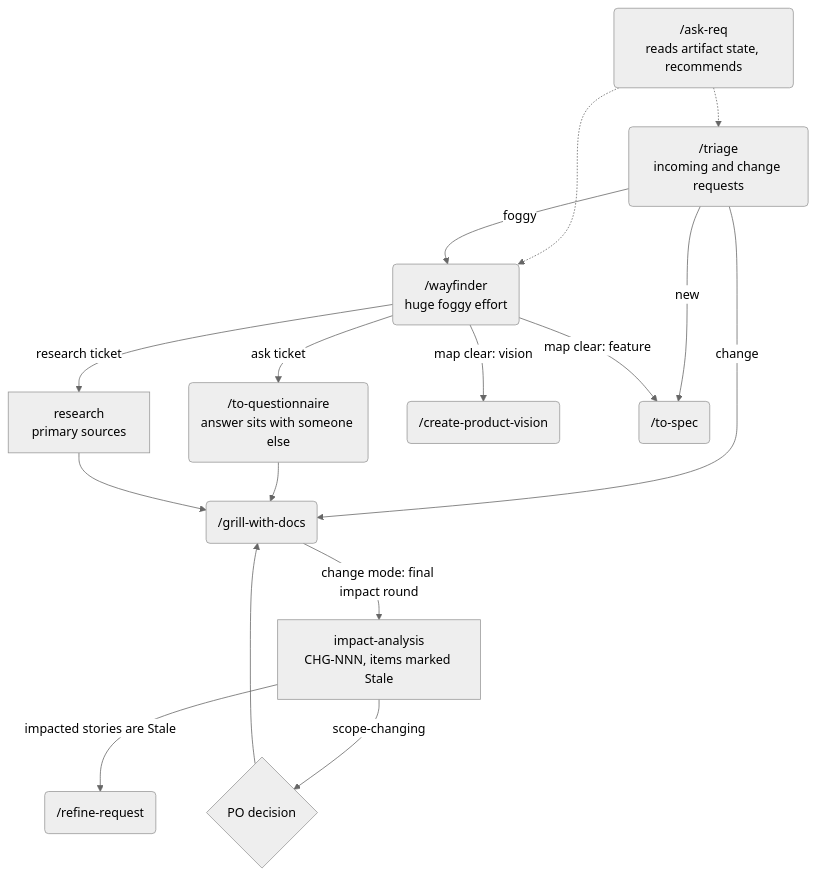
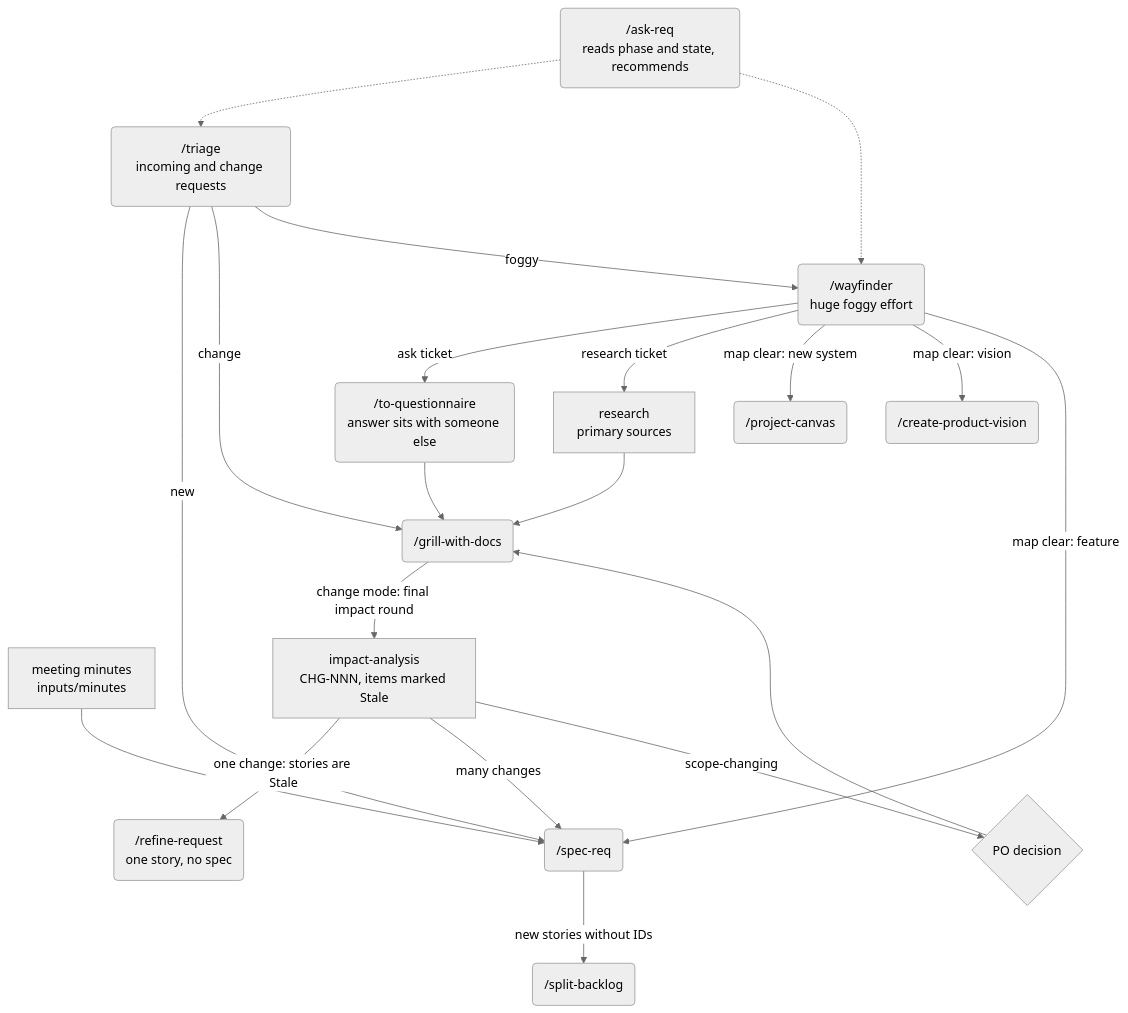
One commit to gugaucb/requirements-skills changed the second of 6 diagrams in docs/FLOW.md. Above: the diagram before and after it, drawn with Mermaid (neutral theme). The commit also changed other lines of this file and 117 other files, not shown here.

````diff
--- a/docs/FLOW.md
+++ b/docs/FLOW.md
@@ -35,28 +37,35 @@
 ```mermaid
 flowchart TD
-  ASK("/ask-req<br/>reads artifact state, recommends")
+  ASK("/ask-req<br/>reads phase and state, recommends")
   TRIAGE("/triage<br/>incoming and change requests")
   WAY("/wayfinder<br/>huge foggy effort")
   QUEST("/to-questionnaire<br/>answer sits with someone else")
   RES["research<br/>primary sources"]
+  MIN["meeting minutes<br/>inputs/minutes"]
   GRILL("/grill-with-docs")
   IMPACT["impact-analysis<br/>CHG-NNN, items marked Stale"]
-  REFINE("/refine-request")
+  REFINE("/refine-request<br/>one story, no spec")
+  CANVAS("/project-canvas")
   VISION("/create-product-vision")
-  SPEC("/to-spec")
+  SPEC("/spec-req")
+  SPLIT("/split-backlog")
   ASK -.-> TRIAGE
   ASK -.-> WAY
   TRIAGE -- "new" --> SPEC
   TRIAGE -- "change" --> GRILL
   TRIAGE -- "foggy" --> WAY
+  MIN --> SPEC
   WAY -- "ask ticket" --> QUEST
   WAY -- "research ticket" --> RES
+  WAY -- "map clear: new system" --> CANVAS
   WAY -- "map clear: vision" --> VISION
   WAY -- "map clear: feature" --> SPEC
   QUEST --> GRILL
   RES --> GRILL
   GRILL -- "change mode: final impact round" --> IMPACT
-  IMPACT -- "impacted stories are Stale" --> REFINE
+  IMPACT -- "one change: stories are Stale" --> REFINE
+  IMPACT -- "many changes" --> SPEC
   IMPACT -- "scope-changing" --> PO{"PO decision"}
   PO --> GRILL
+  SPEC -- "new stories without IDs" --> SPLIT
 ```
````
